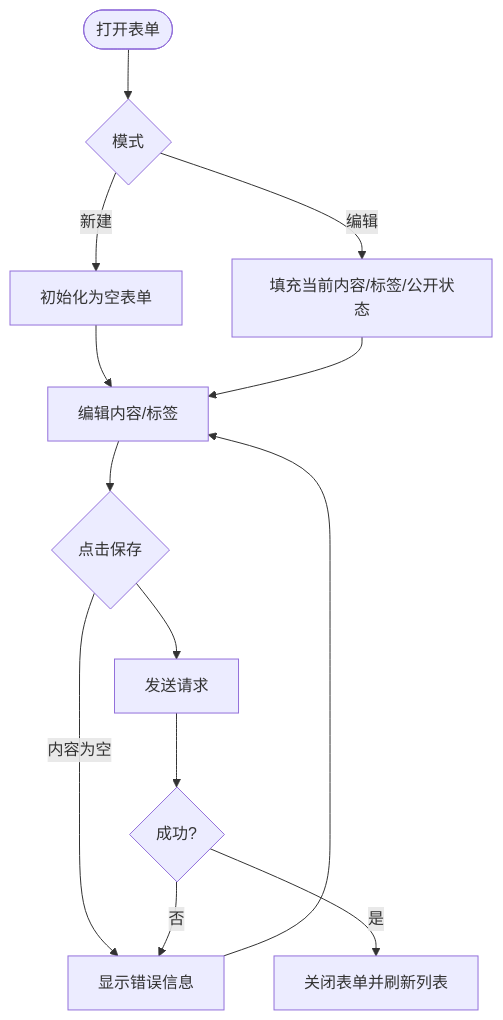
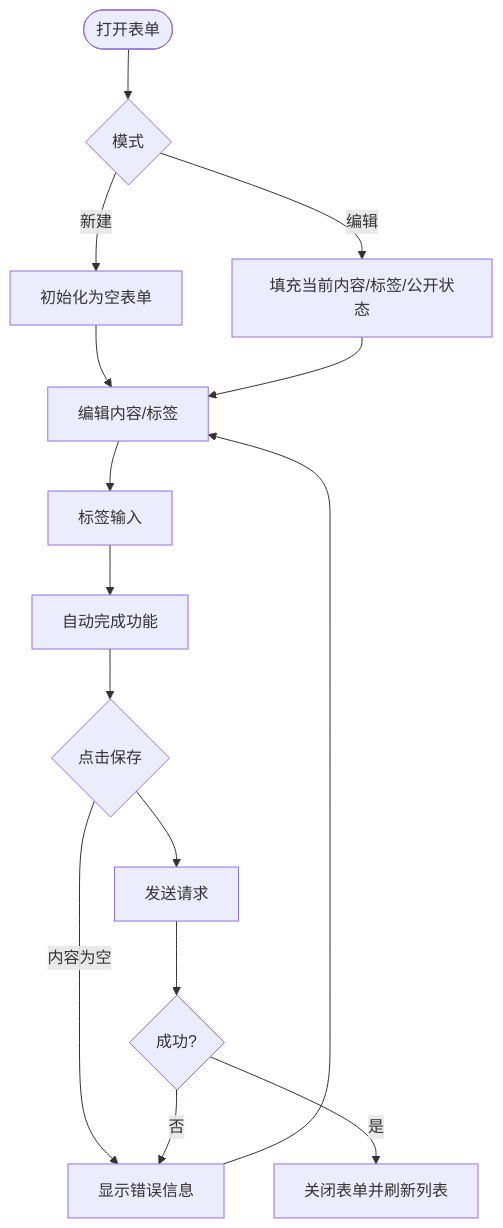
The fourth of 8 diagrams in .qoder/repowiki/zh/content/前端应用/Admin管理界面/备忘录管理.md (BlackBoxRecorder/memos), drawn with Mermaid before and after one commit. The commit also changed other lines of this file and 30 other files, not shown here.

````diff
--- a/.qoder/repowiki/zh/content/前端应用/Admin管理界面/备忘录管理.md
+++ b/.qoder/repowiki/zh/content/前端应用/Admin管理界面/备忘录管理.md
@@ -205,15 +227,17 @@
 ```mermaid
 flowchart TD
 Start(["打开表单"]) --> Mode{"模式"}
 Mode --> |新建| InitCreate["初始化为空表单"]
 Mode --> |编辑| InitEdit["填充当前内容/标签/公开状态"]
 InitCreate --> Edit["编辑内容/标签"]
 InitEdit --> Edit
-Edit --> Save{"点击保存"}
+Edit --> TagInput["标签输入"]
+TagInput --> AutoComplete["自动完成功能"]
+AutoComplete --> Save{"点击保存"}
 Save --> |内容为空| ShowError["显示错误信息"]
 ShowError --> Edit
 Save --> Submit["发送请求"]
 Submit --> Ok{"成功?"}
 Ok --> |是| Close["关闭表单并刷新列表"]
 Ok --> |否| ShowError
 ```
````
